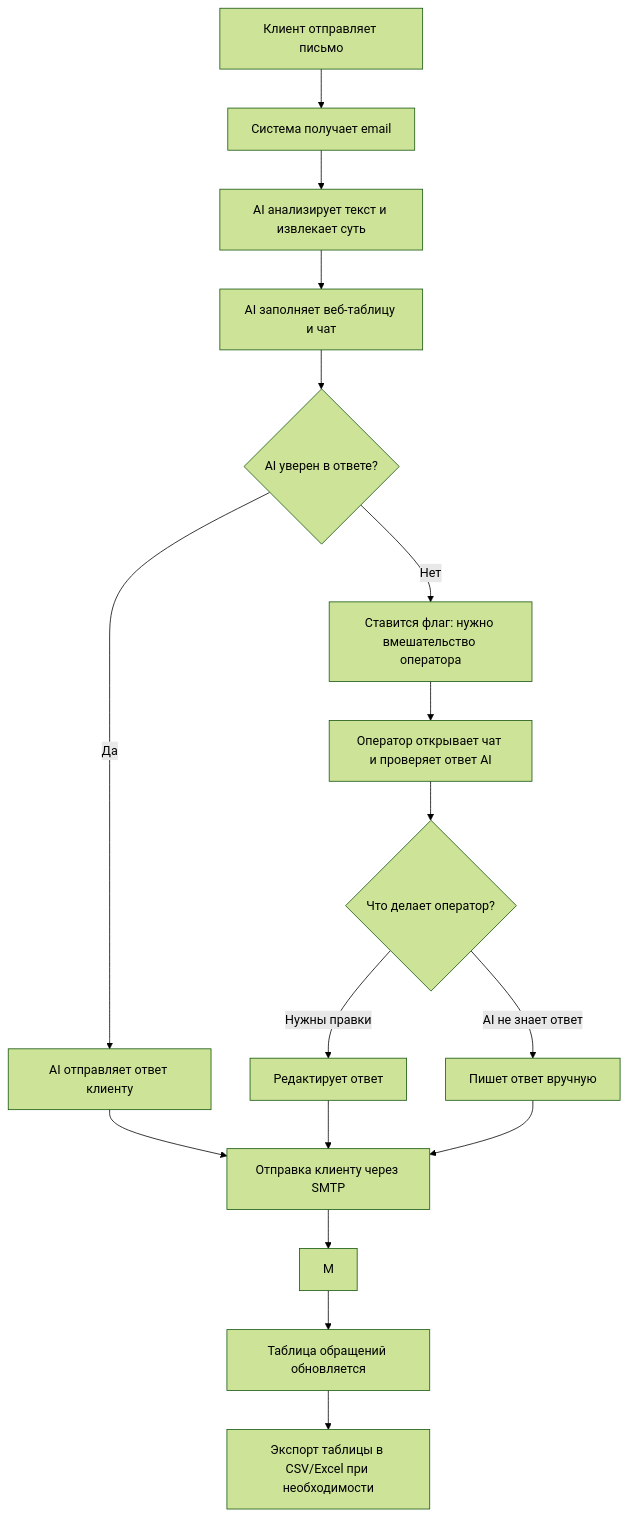
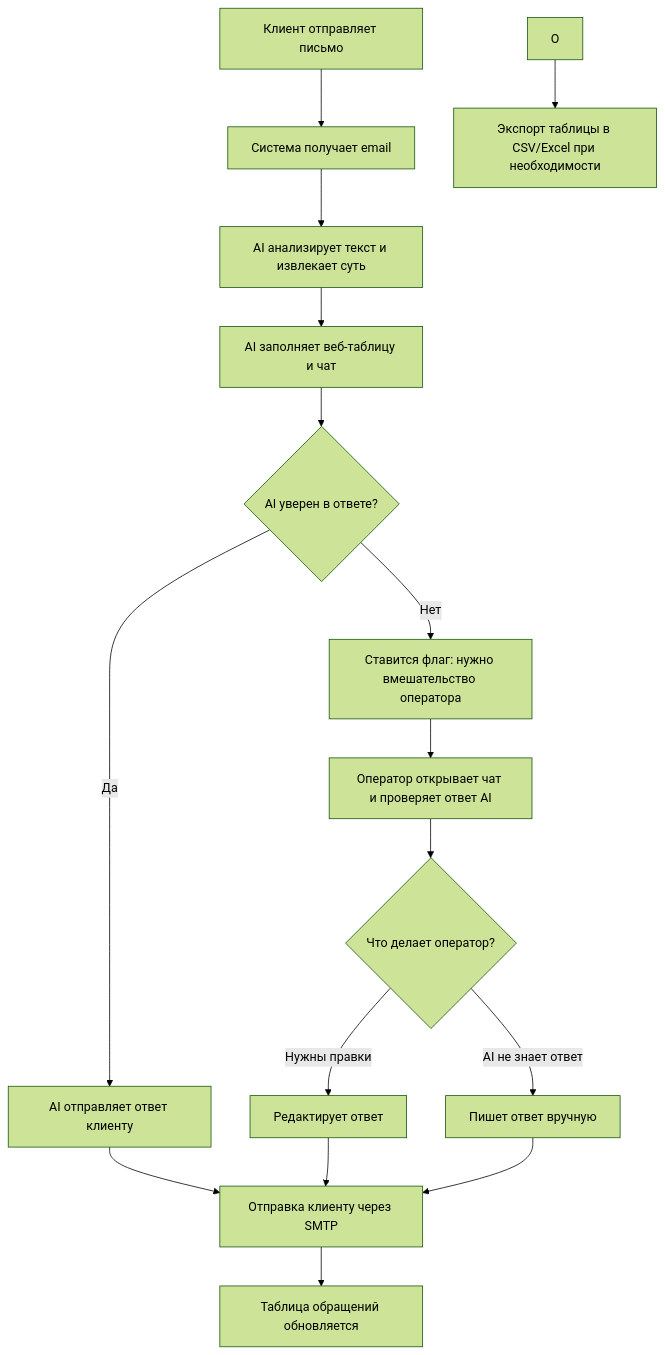
Before and after one commit to 0Carpediem0/Nandi_Enigma_Public_TestQuest: the diagram in README.md, drawn with Mermaid (forest theme).

````diff
--- a/README.md
+++ b/README.md
@@ -25,19 +25,18 @@
 ```mermaid
 flowchart TD
     A[Клиент отправляет письмо] --> B[Система получает email]
     B --> C[AI анализирует текст и извлекает суть]
     C --> D[AI заполняет веб-таблицу и чат]
     D --> E{AI уверен в ответе?}
     E -->|Да| F[AI отправляет ответ клиенту]
     E -->|Нет| G[Ставится флаг: нужно вмешательство оператора]
     G --> H[Оператор открывает чат и проверяет ответ AI]
     H --> I{Что делает оператор?}
     I -->|Нужны правки| J[Редактирует ответ]
     I -->|AI не знает ответ| K[Пишет ответ вручную]
     F --> L[Отправка клиенту через SMTP]
     J --> L[Отправка клиенту через SMTP]
     K --> L
-    L --> M
-    M --> N[Таблица обращений обновляется]
-    N --> O[Экспорт таблицы в CSV/Excel при необходимости]
+    L --> M[Таблица обращений обновляется]
+    O --> N[Экспорт таблицы в CSV/Excel при необходимости]
 ```
````
